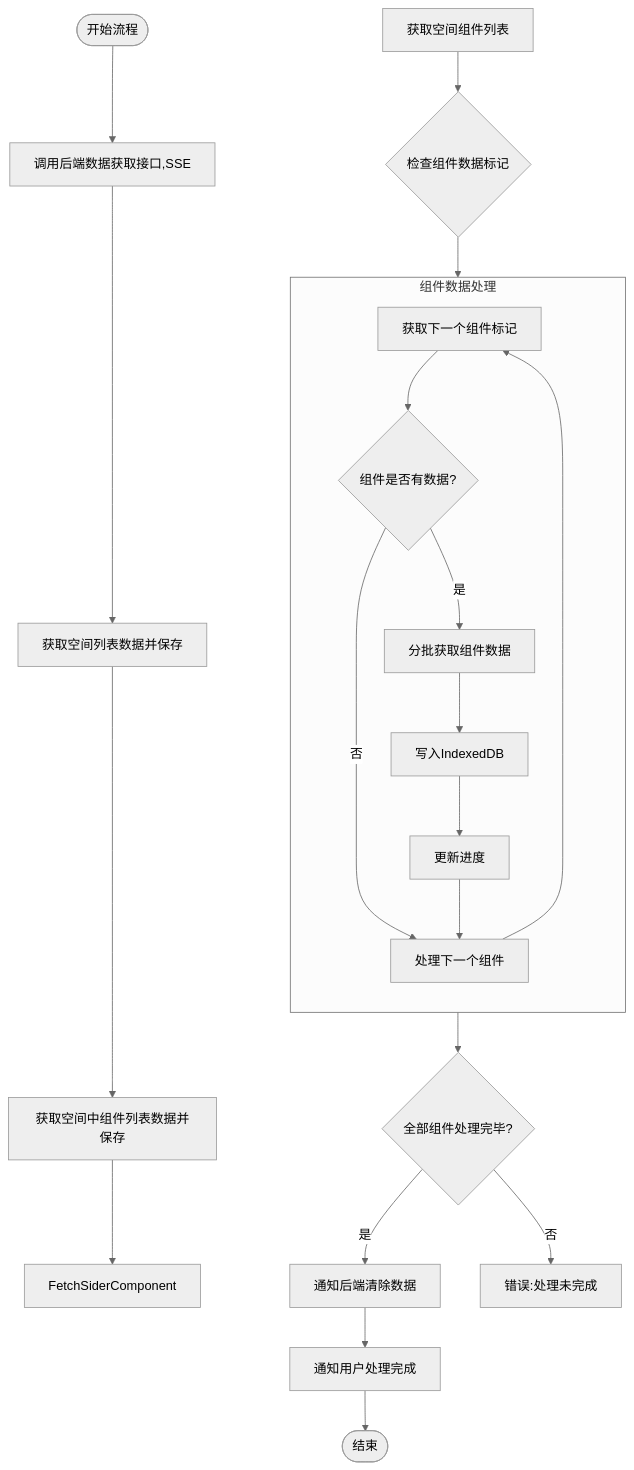
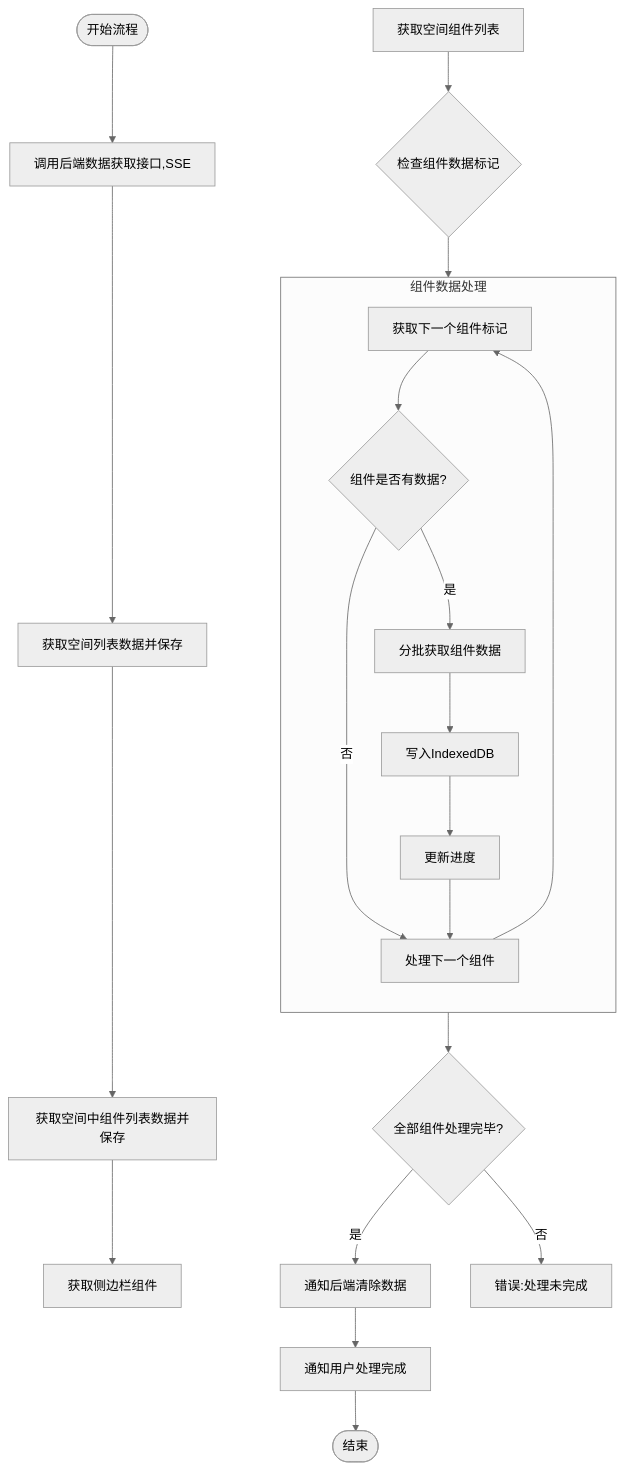
One commit to yingjianzh/iodraw-files changed the diagram in all/未命名-59.md. Above: the diagram before and after it, drawn with Mermaid (neutral theme).

Commit message:
2025-05-14 14:53:29 update

````diff
--- a/all/未命名-59.md
+++ b/all/未命名-59.md
@@ -1,34 +1,34 @@
 ```mermaid
 
 flowchart TD
     Start([开始流程]) --> FetchData[调用后端数据获取接口,SSE]
     FetchData --> FetchSpaceData[获取空间列表数据并保存]
    
     FetchSpaceData --> FetchSpaceComponent[获取空间中组件列表数据并保存]
 
-    FetchSpaceComponent --> FetchSiderComponent
+    FetchSpaceComponent --> FetchSiderComponent[获取侧边栏组件]
     
     FetchComponentList[获取空间组件列表]
     FetchComponentList --> CheckComponentData{检查组件数据标记}
     
     subgraph ComponentProcess [组件数据处理]
         direction TB
         A[获取下一个组件标记] --> B{组件是否有数据?}
         B -->|否| NextComponent[处理下一个组件]
         B -->|是| C[分批获取组件数据]
         C --> D[写入IndexedDB]
         D --> UpdateProgress[更新进度]
         UpdateProgress --> NextComponent
         NextComponent --> A
     end
     
     CheckComponentData --> ComponentProcess
     ComponentProcess --> AllComponentsProcessed{全部组件处理完毕?}
     
     AllComponentsProcessed -->|是| ClearServerData[通知后端清除数据]
     AllComponentsProcessed -->|否| Error3[错误:处理未完成]
     
     ClearServerData --> CompletionNotification[通知用户处理完成]
     CompletionNotification --> End([结束])
 
 ```
````
